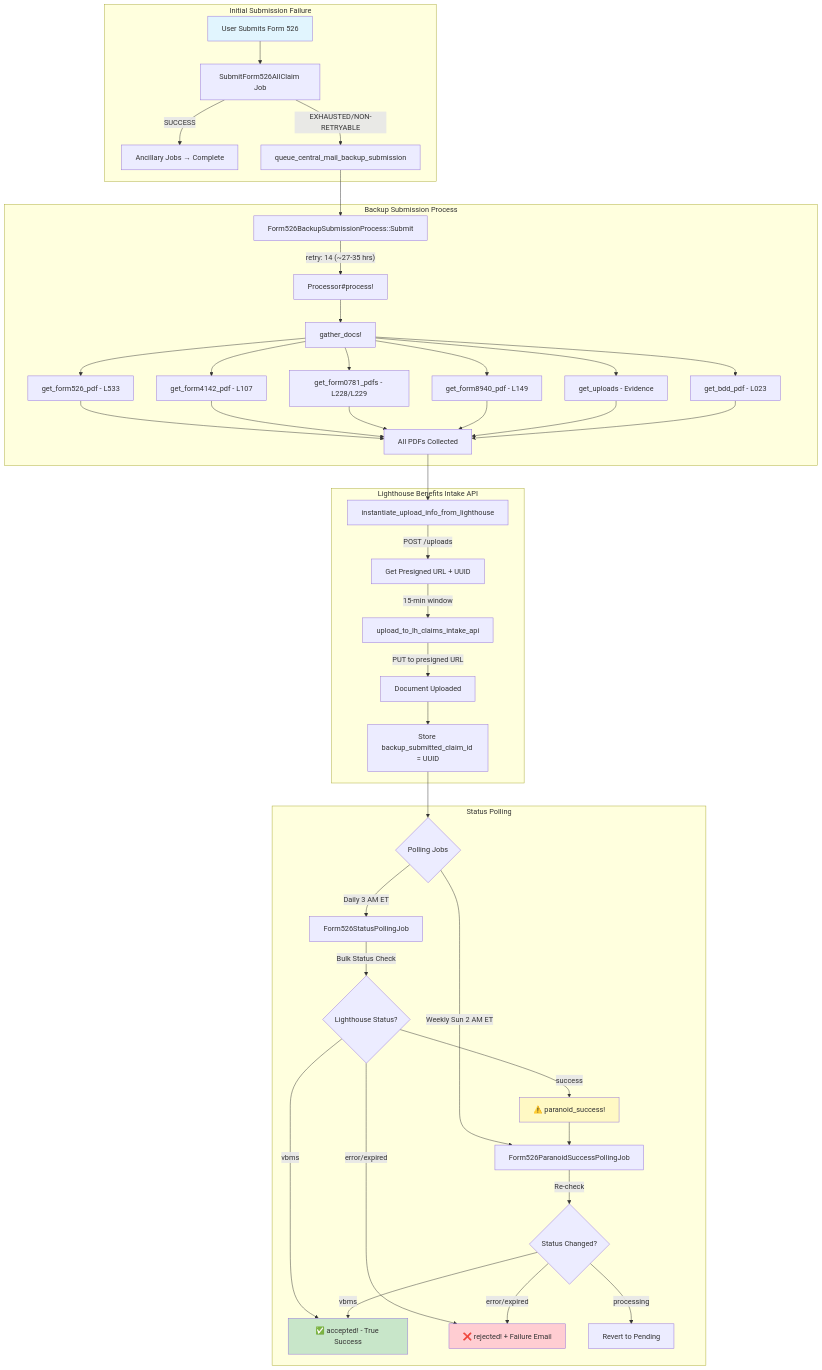
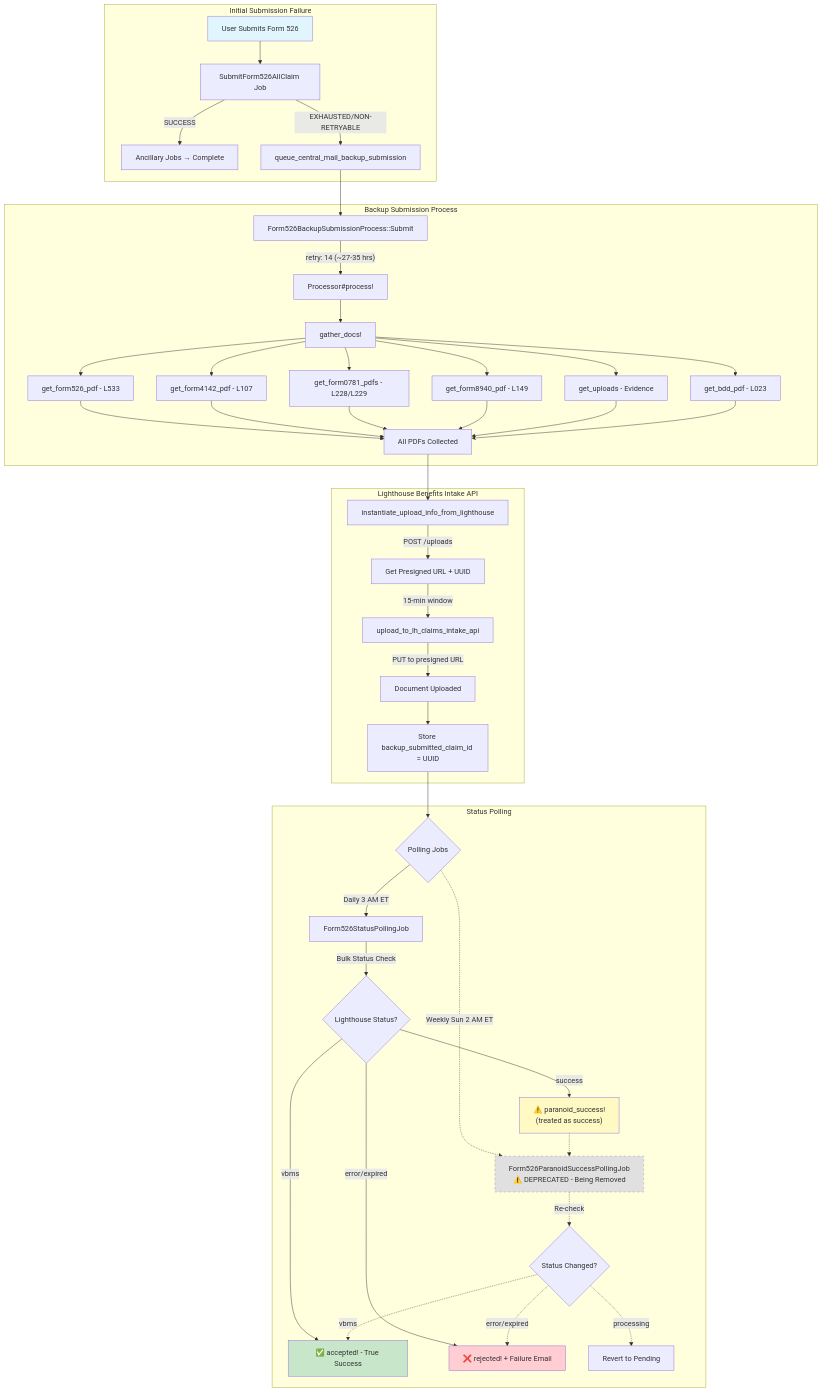
The first of 4 diagrams in products/disability/526ez/form526_backup_submission_flow.md (department-of-veterans-affairs/va.gov-team), drawn with Mermaid before and after one commit. The commit also changed other lines of this file, not shown here.

Commit message:
Adding deprecation warnings

````diff
--- a/products/disability/526ez/form526_backup_submission_flow.md
+++ b/products/disability/526ez/form526_backup_submission_flow.md
@@ -7,55 +7,56 @@
 ```mermaid
 flowchart TB
     subgraph Initial["Initial Submission Failure"]
         A[User Submits Form 526] --> B[SubmitForm526AllClaim Job]
         B -->|SUCCESS| C[Ancillary Jobs → Complete]
         B -->|EXHAUSTED/NON-RETRYABLE| D[queue_central_mail_backup_submission]
     end
 
     subgraph BackupSubmit["Backup Submission Process"]
         D --> E[Form526BackupSubmissionProcess::Submit]
         E -->|"retry: 14 (~27-35 hrs)"| F[Processor#process!]
         
         F --> G[gather_docs!]
         G --> G1[get_form526_pdf - L533]
         G --> G2[get_form4142_pdf - L107]
         G --> G3[get_form0781_pdfs - L228/L229]
         G --> G4[get_form8940_pdf - L149]
         G --> G5[get_uploads - Evidence]
         G --> G6[get_bdd_pdf - L023]
         
         G1 & G2 & G3 & G4 & G5 & G6 --> H[All PDFs Collected]
     end
 
     subgraph LighthouseUpload["Lighthouse Benefits Intake API"]
         H --> I[instantiate_upload_info_from_lighthouse]
         I -->|"POST /uploads"| J[Get Presigned URL + UUID]
         J -->|"15-min window"| K[upload_to_lh_claims_intake_api]
         K -->|"PUT to presigned URL"| L[Document Uploaded]
         L --> M[Store backup_submitted_claim_id = UUID]
     end
 
     subgraph Polling["Status Polling"]
         M --> N{Polling Jobs}
         
         N -->|"Daily 3 AM ET"| O[Form526StatusPollingJob]
-        N -->|"Weekly Sun 2 AM ET"| P[Form526ParanoidSuccessPollingJob]
+        N -.->|"Weekly Sun 2 AM ET"| P["Form526ParanoidSuccessPollingJob<br/>⚠️ DEPRECATED - Being Removed"]
         
         O -->|"Bulk Status Check"| Q{Lighthouse Status?}
         
         Q -->|vbms| R[✅ accepted! - True Success]
-        Q -->|success| S[⚠️ paranoid_success!]
+        Q -->|success| S["⚠️ paranoid_success!<br/>(treated as success)"]
         Q -->|error/expired| T[❌ rejected! + Failure Email]
         
-        S --> P
-        P -->|"Re-check"| U{Status Changed?}
-        U -->|vbms| R
-        U -->|error/expired| T
-        U -->|processing| V[Revert to Pending]
+        S -.-> P
+        P -.->|"Re-check"| U{Status Changed?}
+        U -.->|vbms| R
+        U -.->|error/expired| T
+        U -.->|processing| V[Revert to Pending]
     end
 
     style A fill:#e1f5fe
     style R fill:#c8e6c9
     style T fill:#ffcdd2
     style S fill:#fff9c4
+    style P fill:#e0e0e0,stroke:#9e9e9e,stroke-dasharray: 5 5
 ```
````
